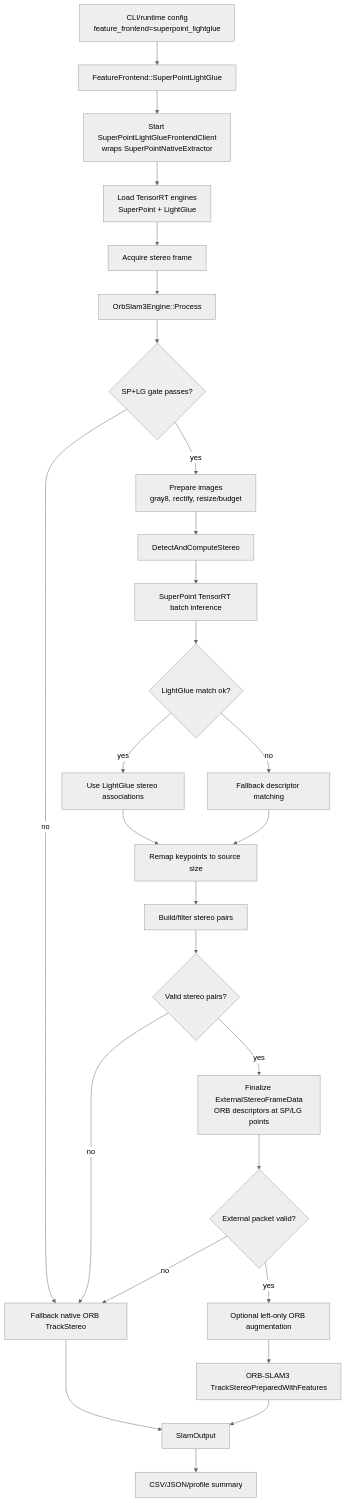
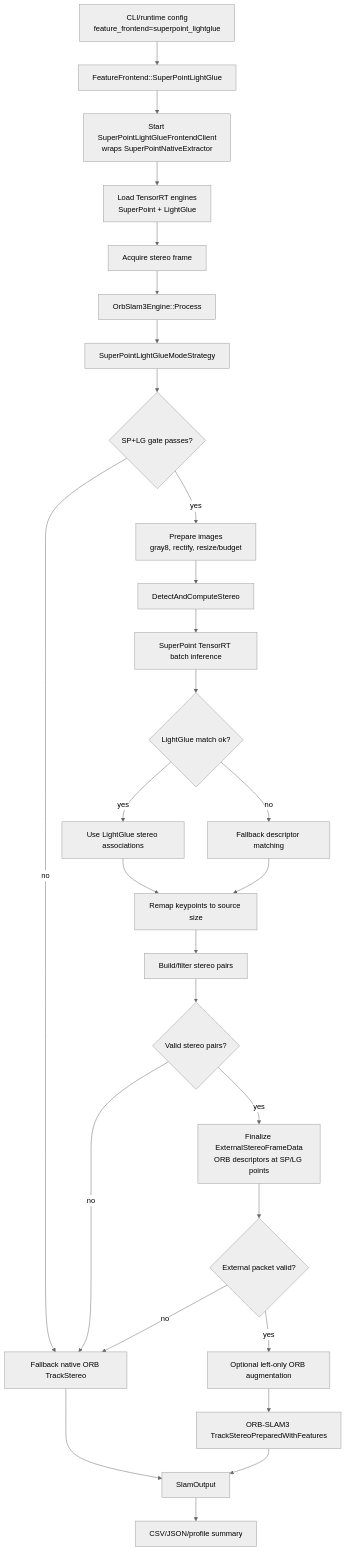
Before and after one commit to litingzhang/SmartDrone: the first of 5 diagrams in docs/superpoint_lightglue_mode_flow.md, drawn with Mermaid (neutral theme). The commit also changed other lines of this file and 33 other files, not shown here.

````diff
--- a/docs/superpoint_lightglue_mode_flow.md
+++ b/docs/superpoint_lightglue_mode_flow.md
@@ -17,29 +17,30 @@
 ```mermaid
 flowchart TD
     A[CLI/runtime config<br/>feature_frontend=superpoint_lightglue] --> B[FeatureFrontend::SuperPointLightGlue]
     B --> C[Start SuperPointLightGlueFrontendClient<br/>wraps SuperPointNativeExtractor]
     C --> D[Load TensorRT engines<br/>SuperPoint + LightGlue]
     D --> E[Acquire stereo frame]
     E --> F[OrbSlam3Engine::Process]
-    F --> G{SP+LG gate passes?}
+    F --> F2[SuperPointLightGlueModeStrategy]
+    F2 --> G{SP+LG gate passes?}
     G -- no --> Z[Fallback native ORB TrackStereo]
     G -- yes --> H[Prepare images<br/>gray8, rectify, resize/budget]
     H --> I[DetectAndComputeStereo]
     I --> J[SuperPoint TensorRT batch inference]
     J --> K{LightGlue match ok?}
     K -- yes --> L[Use LightGlue stereo associations]
     K -- no --> L2[Fallback descriptor matching]
     L --> M[Remap keypoints to source size]
     L2 --> M
     M --> N[Build/filter stereo pairs]
     N --> O{Valid stereo pairs?}
     O -- no --> Z
     O -- yes --> P[Finalize ExternalStereoFrameData<br/>ORB descriptors at SP/LG points]
     P --> Q{External packet valid?}
     Q -- no --> Z
     Q -- yes --> R[Optional left-only ORB augmentation]
     R --> S[ORB-SLAM3 TrackStereoPreparedWithFeatures]
     Z --> T[SlamOutput]
     S --> T
     T --> U[CSV/JSON/profile summary]
 ```
````
